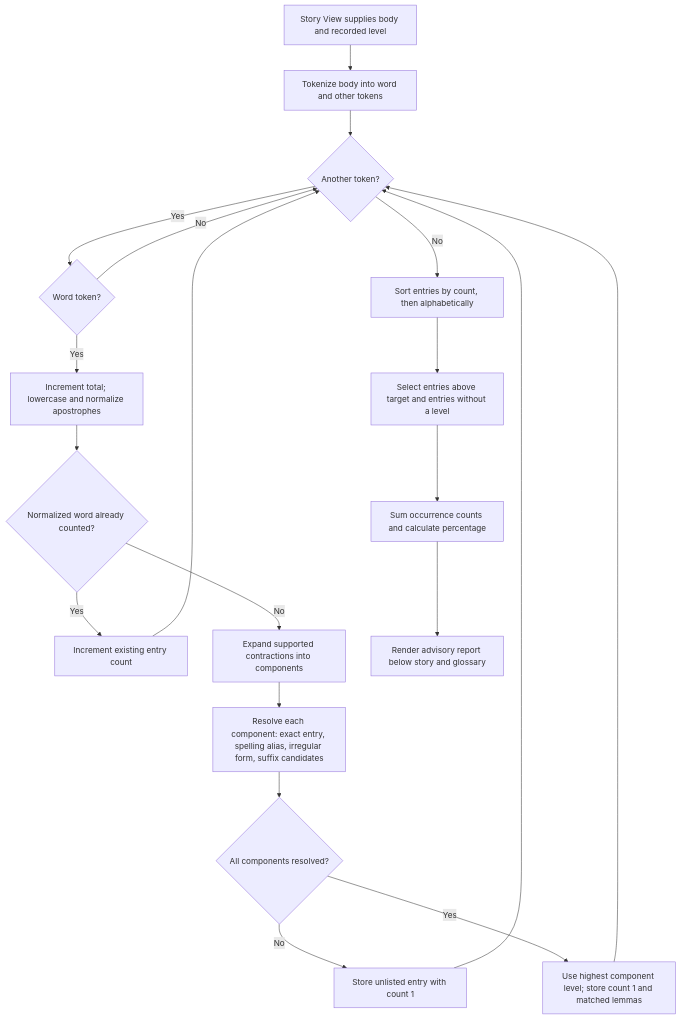
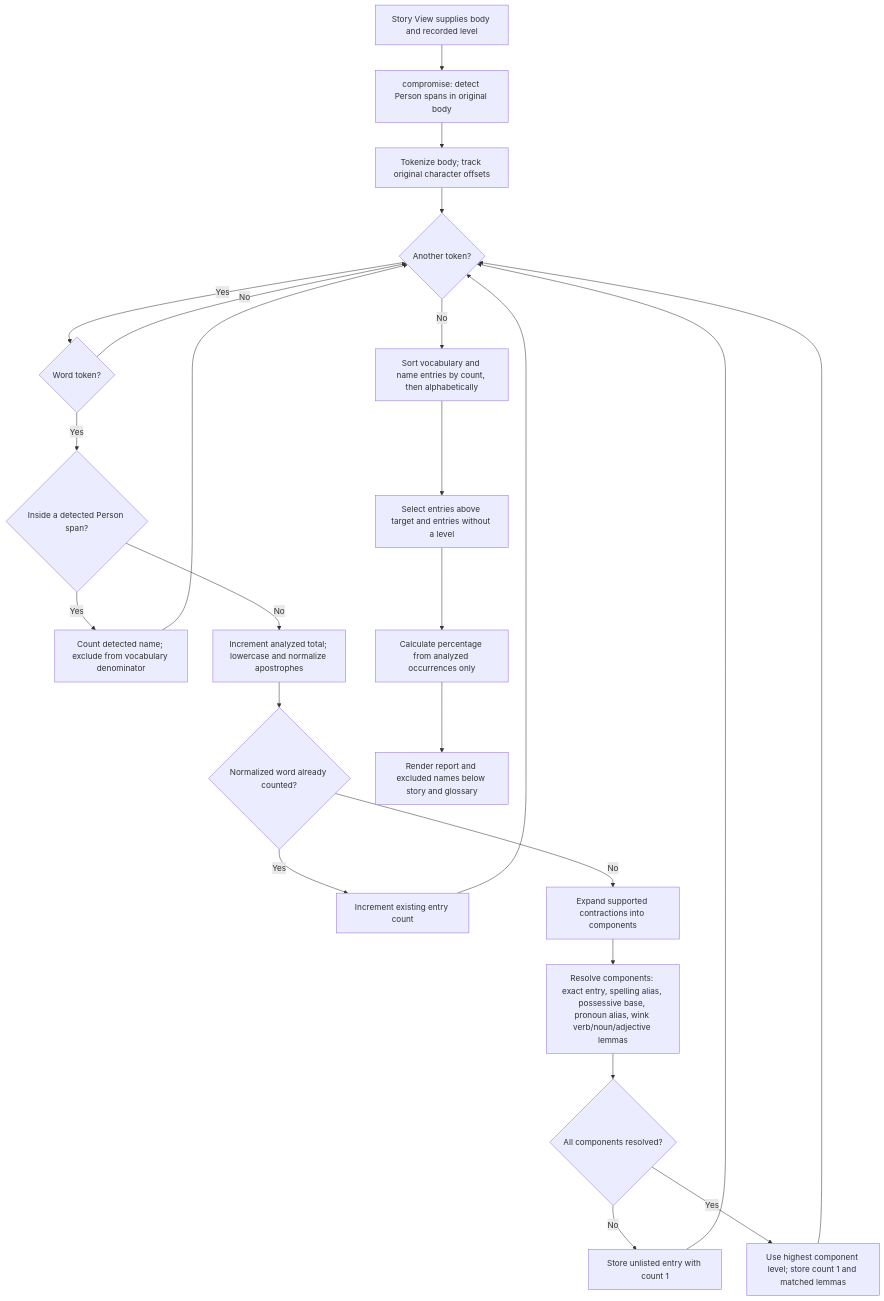
The first of 2 diagrams in doc/cefr-vocabulary-validation.md (pomodorozhong/extensive-reading-assistant), drawn with Mermaid before and after one commit. The commit also changed other lines of this file and 7 other files, not shown here.

````diff
--- a/doc/cefr-vocabulary-validation.md
+++ b/doc/cefr-vocabulary-validation.md
@@ -19,22 +19,26 @@
 ```mermaid
 flowchart TD
-    Story["Story View supplies body and recorded level"] --> Tokens["Tokenize body into word and other tokens"]
+    Story["Story View supplies body and recorded level"] --> Names["compromise: detect Person spans in original body"]
+    Names --> Tokens["Tokenize body; track original character offsets"]
     Tokens --> Next{"Another token?"}
-    Next -->|No| Sort["Sort entries by count, then alphabetically"]
+    Next -->|No| Sort["Sort vocabulary and name entries by count, then alphabetically"]
     Next -->|Yes| Word{"Word token?"}
     Word -->|No| Next
-    Word -->|Yes| Normalize["Increment total; lowercase and normalize apostrophes"]
+    Word -->|Yes| Name{"Inside a detected Person span?"}
+    Name -->|Yes| Exclude["Count detected name; exclude from vocabulary denominator"]
+    Exclude --> Next
+    Name -->|No| Normalize["Increment analyzed total; lowercase and normalize apostrophes"]
     Normalize --> Seen{"Normalized word already counted?"}
     Seen -->|Yes| Increment["Increment existing entry count"]
     Increment --> Next
     Seen -->|No| Expand["Expand supported contractions into components"]
-    Expand --> Lookup["Resolve each component: exact entry, spelling alias, irregular form, suffix candidates"]
+    Expand --> Lookup["Resolve components: exact entry, spelling alias, possessive base, pronoun alias, wink verb/noun/adjective lemmas"]
     Lookup --> Complete{"All components resolved?"}
     Complete -->|No| Unlisted["Store unlisted entry with count 1"]
     Complete -->|Yes| Level["Use highest component level; store count 1 and matched lemmas"]
     Unlisted --> Next
     Level --> Next
     Sort --> Classify["Select entries above target and entries without a level"]
-    Classify --> Counts["Sum occurrence counts and calculate percentage"]
-    Counts --> Render["Render advisory report below story and glossary"]
+    Classify --> Counts["Calculate percentage from analyzed occurrences only"]
+    Counts --> Render["Render report and excluded names below story and glossary"]
 ```
````
